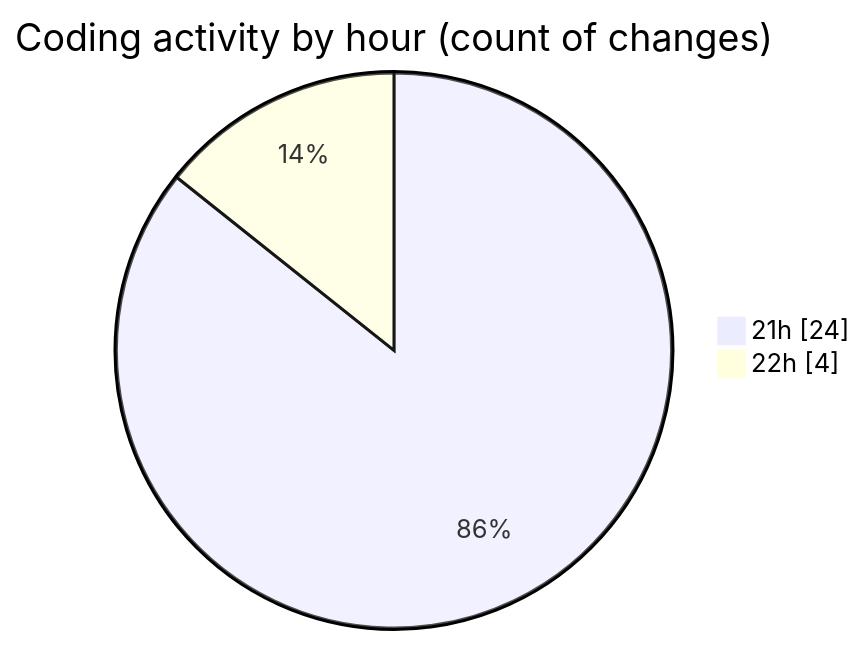
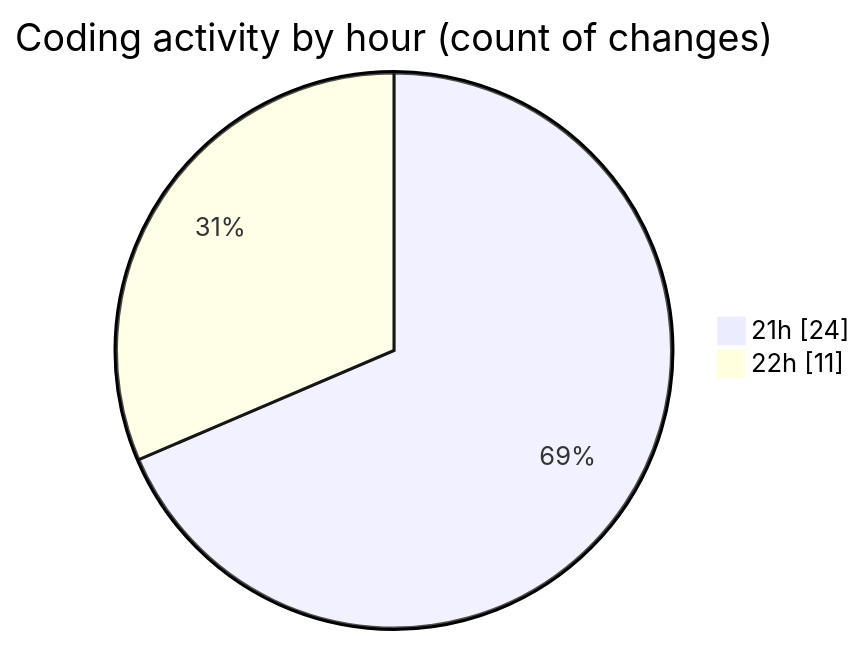
Before and after one commit to IJAZ3593/code-tracking: the second of 2 diagrams in 2025-09-04/tailwind/README.md, drawn with Mermaid. The commit also changed other lines of this file and 1 other file, not shown here.

````diff
--- a/2025-09-04/tailwind/README.md
+++ b/2025-09-04/tailwind/README.md
@@ -35,6 +36,6 @@
 ```mermaid
 pie showData
 title Coding activity by hour (count of changes)
 "21h" : 24
-"22h" : 4
+"22h" : 11
 ```
````
